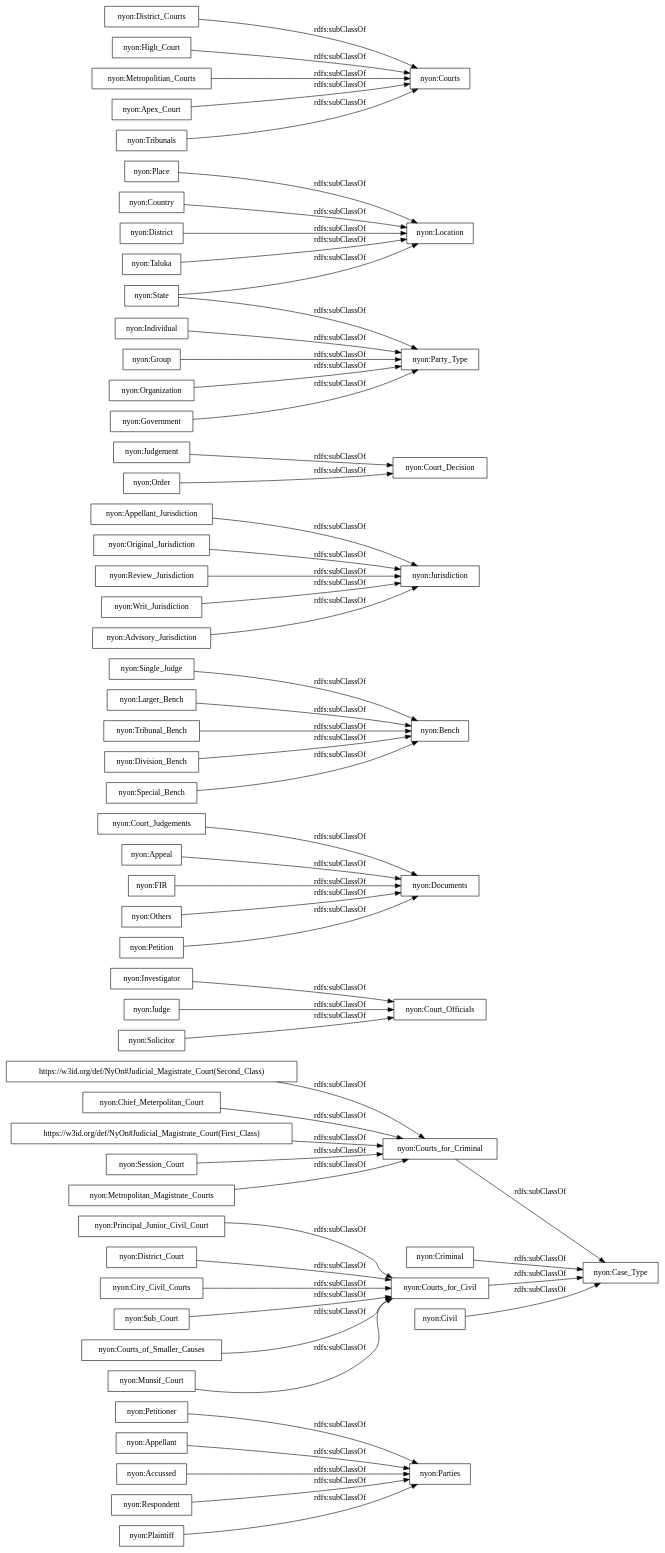
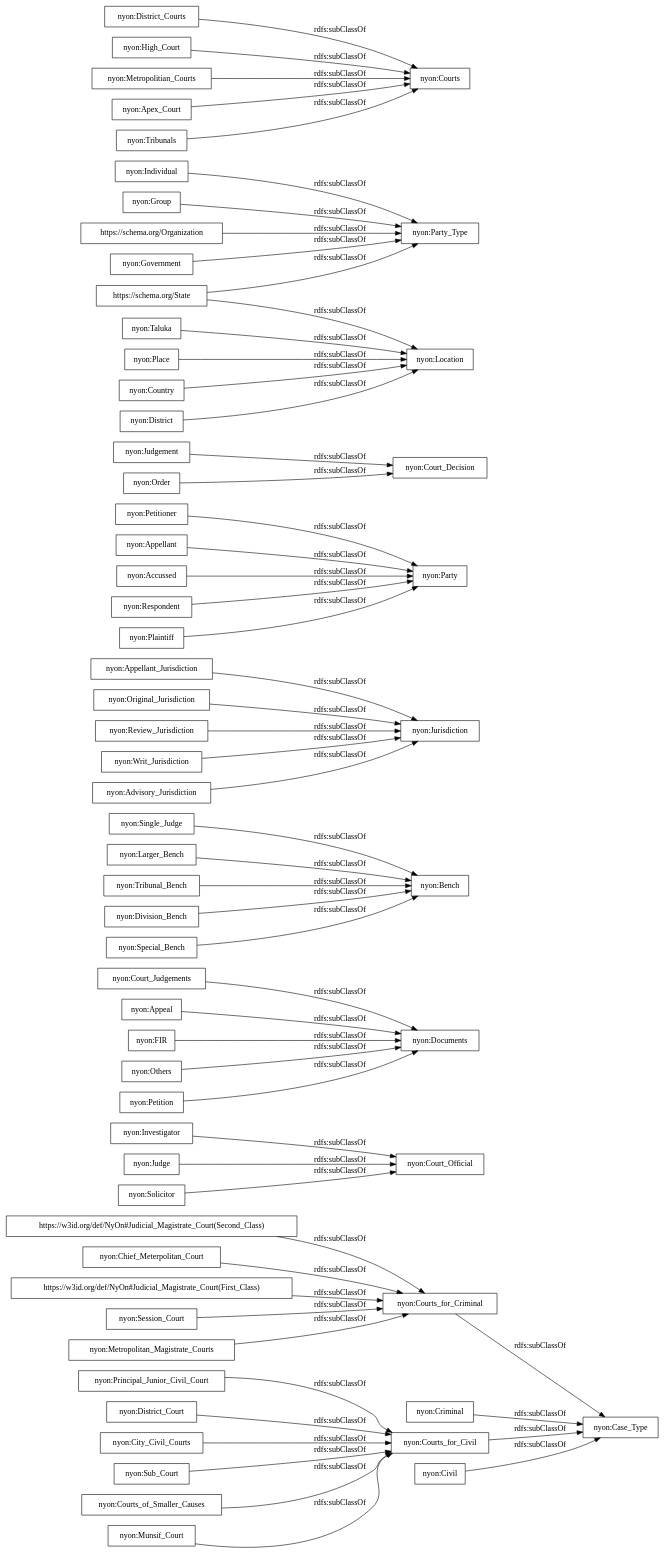
The diagram in OnToology/NyOn.owl/diagrams/ar2dtool-taxonomy/NyOn.owl.png.dot (ahmad88me/NyOn), drawn with Graphviz before and after one commit. The commit also changed 21 other files, not shown here.

```diff
--- a/OnToology/NyOn.owl/diagrams/ar2dtool-taxonomy/NyOn.owl.png.dot
+++ b/OnToology/NyOn.owl/diagrams/ar2dtool-taxonomy/NyOn.owl.png.dot
@@ -1,61 +1,61 @@
 digraph ar2dtool_diagram { 
 rankdir=LR;
 size="1000"
-node [shape = rectangle, color="black"]; "nyon:Parties" "nyon:Principal_Junior_Civil_Court" "nyon:Case_Type" "nyon:Investigator" "nyon:Court_Judgements" "nyon:Single_Judge" "nyon:Jurisdiction" "nyon:Criminal" "nyon:Documents" "nyon:District_Court" "nyon:Petitioner" "nyon:Judgement" "nyon:Appellant" "nyon:Larger_Bench" "nyon:Location" "nyon:Appellant_Jurisdiction" "nyon:Judge" "nyon:Accussed" "nyon:Respondent" "nyon:District_Courts" "nyon:Original_Jurisdiction" "nyon:City_Civil_Courts" "nyon:Sub_Court" "nyon:Courts_for_Civil" "nyon:Party_Type" "nyon:Tribunal_Bench" "nyon:Chief_Meterpolitan_Court" "nyon:Individual" "nyon:Courts_of_Smaller_Causes" "nyon:Appeal" "https://w3id.org/def/NyOn#Judicial_Magistrate_Court(First_Class)" "nyon:Place" "nyon:Courts" "nyon:Session_Court" "nyon:Review_Jurisdiction" "nyon:Country" "nyon:High_Court" "nyon:Solicitor" "nyon:Group" "nyon:Bench" "nyon:Munsif_Court" "nyon:Metropolitian_Courts" "nyon:Metropolitan_Magistrate_Courts" "nyon:Division_Bench" "nyon:District" "nyon:Organization" "nyon:Taluka" "nyon:Court_Decision" "nyon:Order" "nyon:Court_Officials" "nyon:Courts_for_Criminal" "nyon:Government" "nyon:Special_Bench" "nyon:FIR" "nyon:State" "nyon:Others" "nyon:Plaintiff" "https://w3id.org/def/NyOn#Judicial_Magistrate_Court(Second_Class)" "nyon:Petition" "nyon:Civil" "nyon:Apex_Court" "nyon:Tribunals" "nyon:Writ_Jurisdiction" "nyon:Advisory_Jurisdiction" ; /*classes style*/
+node [shape = rectangle, color="black"]; "nyon:Principal_Junior_Civil_Court" "nyon:Case_Type" "nyon:Investigator" "nyon:Court_Judgements" "nyon:Single_Judge" "nyon:Jurisdiction" "nyon:Criminal" "nyon:Documents" "nyon:District_Court" "nyon:Petitioner" "nyon:Judgement" "nyon:Appellant" "nyon:Larger_Bench" "nyon:Location" "nyon:Appellant_Jurisdiction" "nyon:Judge" "nyon:Accussed" "nyon:Respondent" "nyon:District_Courts" "nyon:Original_Jurisdiction" "nyon:City_Civil_Courts" "nyon:Sub_Court" "nyon:Courts_for_Civil" "nyon:Party_Type" "nyon:Tribunal_Bench" "nyon:Chief_Meterpolitan_Court" "https://schema.org/State" "nyon:Individual" "nyon:Courts_of_Smaller_Causes" "https://w3id.org/def/NyOn#Judicial_Magistrate_Court(First_Class)" "nyon:Appeal" "nyon:Place" "nyon:Courts" "nyon:Court_Official" "nyon:Session_Court" "nyon:Review_Jurisdiction" "nyon:Country" "nyon:High_Court" "nyon:Solicitor" "nyon:Group" "nyon:Bench" "nyon:Munsif_Court" "nyon:Metropolitian_Courts" "nyon:Metropolitan_Magistrate_Courts" "https://schema.org/Organization" "nyon:Division_Bench" "nyon:District" "nyon:Party" "nyon:Taluka" "nyon:Court_Decision" "nyon:Order" "nyon:Courts_for_Criminal" "nyon:Government" "nyon:Special_Bench" "nyon:FIR" "nyon:Others" "nyon:Plaintiff" "https://w3id.org/def/NyOn#Judicial_Magistrate_Court(Second_Class)" "nyon:Petition" "nyon:Civil" "nyon:Apex_Court" "nyon:Tribunals" "nyon:Writ_Jurisdiction" "nyon:Advisory_Jurisdiction" ; /*classes style*/
 	"nyon:Country" -> "nyon:Location" [ label = "rdfs:subClassOf" ];
 	"nyon:Appellant_Jurisdiction" -> "nyon:Jurisdiction" [ label = "rdfs:subClassOf" ];
 	"nyon:Place" -> "nyon:Location" [ label = "rdfs:subClassOf" ];
 	"nyon:District_Court" -> "nyon:Courts_for_Civil" [ label = "rdfs:subClassOf" ];
-	"nyon:Appellant" -> "nyon:Parties" [ label = "rdfs:subClassOf" ];
+	"nyon:Appellant" -> "nyon:Party" [ label = "rdfs:subClassOf" ];
 	"nyon:Principal_Junior_Civil_Court" -> "nyon:Courts_for_Civil" [ label = "rdfs:subClassOf" ];
 	"nyon:Larger_Bench" -> "nyon:Bench" [ label = "rdfs:subClassOf" ];
 	"nyon:Special_Bench" -> "nyon:Bench" [ label = "rdfs:subClassOf" ];
 	"nyon:Appeal" -> "nyon:Documents" [ label = "rdfs:subClassOf" ];
 	"nyon:Single_Judge" -> "nyon:Bench" [ label = "rdfs:subClassOf" ];
-	"nyon:Judge" -> "nyon:Court_Officials" [ label = "rdfs:subClassOf" ];
+	"nyon:Judge" -> "nyon:Court_Official" [ label = "rdfs:subClassOf" ];
 	"nyon:City_Civil_Courts" -> "nyon:Courts_for_Civil" [ label = "rdfs:subClassOf" ];
 	"nyon:Advisory_Jurisdiction" -> "nyon:Jurisdiction" [ label = "rdfs:subClassOf" ];
 	"nyon:Sub_Court" -> "nyon:Courts_for_Civil" [ label = "rdfs:subClassOf" ];
 	"nyon:Munsif_Court" -> "nyon:Courts_for_Civil" [ label = "rdfs:subClassOf" ];
 	"https://w3id.org/def/NyOn#Judicial_Magistrate_Court(Second_Class)" -> "nyon:Courts_for_Criminal" [ label = "rdfs:subClassOf" ];
+	"https://schema.org/Organization" -> "nyon:Party_Type" [ label = "rdfs:subClassOf" ];
 	"nyon:Petition" -> "nyon:Documents" [ label = "rdfs:subClassOf" ];
 	"nyon:Courts_for_Civil" -> "nyon:Case_Type" [ label = "rdfs:subClassOf" ];
 	"nyon:District" -> "nyon:Location" [ label = "rdfs:subClassOf" ];
 	"nyon:Courts_of_Smaller_Causes" -> "nyon:Courts_for_Civil" [ label = "rdfs:subClassOf" ];
 	"nyon:Individual" -> "nyon:Party_Type" [ label = "rdfs:subClassOf" ];
 	"nyon:Tribunal_Bench" -> "nyon:Bench" [ label = "rdfs:subClassOf" ];
 	"nyon:Division_Bench" -> "nyon:Bench" [ label = "rdfs:subClassOf" ];
-	"nyon:State" -> "nyon:Location" [ label = "rdfs:subClassOf" ];
-	"nyon:State" -> "nyon:Party_Type" [ label = "rdfs:subClassOf" ];
 	"nyon:Courts_for_Criminal" -> "nyon:Case_Type" [ label = "rdfs:subClassOf" ];
 	"nyon:Original_Jurisdiction" -> "nyon:Jurisdiction" [ label = "rdfs:subClassOf" ];
-	"nyon:Petitioner" -> "nyon:Parties" [ label = "rdfs:subClassOf" ];
+	"nyon:Petitioner" -> "nyon:Party" [ label = "rdfs:subClassOf" ];
 	"nyon:Judgement" -> "nyon:Court_Decision" [ label = "rdfs:subClassOf" ];
 	"nyon:Court_Judgements" -> "nyon:Documents" [ label = "rdfs:subClassOf" ];
-	"nyon:Plaintiff" -> "nyon:Parties" [ label = "rdfs:subClassOf" ];
+	"nyon:Plaintiff" -> "nyon:Party" [ label = "rdfs:subClassOf" ];
 	"nyon:Government" -> "nyon:Party_Type" [ label = "rdfs:subClassOf" ];
 	"nyon:District_Courts" -> "nyon:Courts" [ label = "rdfs:subClassOf" ];
-	"nyon:Solicitor" -> "nyon:Court_Officials" [ label = "rdfs:subClassOf" ];
+	"nyon:Solicitor" -> "nyon:Court_Official" [ label = "rdfs:subClassOf" ];
 	"nyon:Civil" -> "nyon:Case_Type" [ label = "rdfs:subClassOf" ];
-	"nyon:Respondent" -> "nyon:Parties" [ label = "rdfs:subClassOf" ];
+	"nyon:Respondent" -> "nyon:Party" [ label = "rdfs:subClassOf" ];
 	"nyon:High_Court" -> "nyon:Courts" [ label = "rdfs:subClassOf" ];
 	"nyon:Criminal" -> "nyon:Case_Type" [ label = "rdfs:subClassOf" ];
+	"nyon:Investigator" -> "nyon:Court_Official" [ label = "rdfs:subClassOf" ];
+	"https://schema.org/State" -> "nyon:Party_Type" [ label = "rdfs:subClassOf" ];
+	"https://schema.org/State" -> "nyon:Location" [ label = "rdfs:subClassOf" ];
 	"nyon:Session_Court" -> "nyon:Courts_for_Criminal" [ label = "rdfs:subClassOf" ];
-	"nyon:Investigator" -> "nyon:Court_Officials" [ label = "rdfs:subClassOf" ];
 	"nyon:Review_Jurisdiction" -> "nyon:Jurisdiction" [ label = "rdfs:subClassOf" ];
 	"nyon:Writ_Jurisdiction" -> "nyon:Jurisdiction" [ label = "rdfs:subClassOf" ];
-	"nyon:Accussed" -> "nyon:Parties" [ label = "rdfs:subClassOf" ];
+	"nyon:Accussed" -> "nyon:Party" [ label = "rdfs:subClassOf" ];
 	"nyon:Apex_Court" -> "nyon:Courts" [ label = "rdfs:subClassOf" ];
 	"nyon:Group" -> "nyon:Party_Type" [ label = "rdfs:subClassOf" ];
 	"nyon:Tribunals" -> "nyon:Courts" [ label = "rdfs:subClassOf" ];
 	"nyon:Taluka" -> "nyon:Location" [ label = "rdfs:subClassOf" ];
 	"nyon:Chief_Meterpolitan_Court" -> "nyon:Courts_for_Criminal" [ label = "rdfs:subClassOf" ];
 	"nyon:Metropolitian_Courts" -> "nyon:Courts" [ label = "rdfs:subClassOf" ];
 	"nyon:Order" -> "nyon:Court_Decision" [ label = "rdfs:subClassOf" ];
 	"https://w3id.org/def/NyOn#Judicial_Magistrate_Court(First_Class)" -> "nyon:Courts_for_Criminal" [ label = "rdfs:subClassOf" ];
 	"nyon:FIR" -> "nyon:Documents" [ label = "rdfs:subClassOf" ];
 	"nyon:Others" -> "nyon:Documents" [ label = "rdfs:subClassOf" ];
-	"nyon:Organization" -> "nyon:Party_Type" [ label = "rdfs:subClassOf" ];
 	"nyon:Metropolitan_Magistrate_Courts" -> "nyon:Courts_for_Criminal" [ label = "rdfs:subClassOf" ];
 
 }
```
